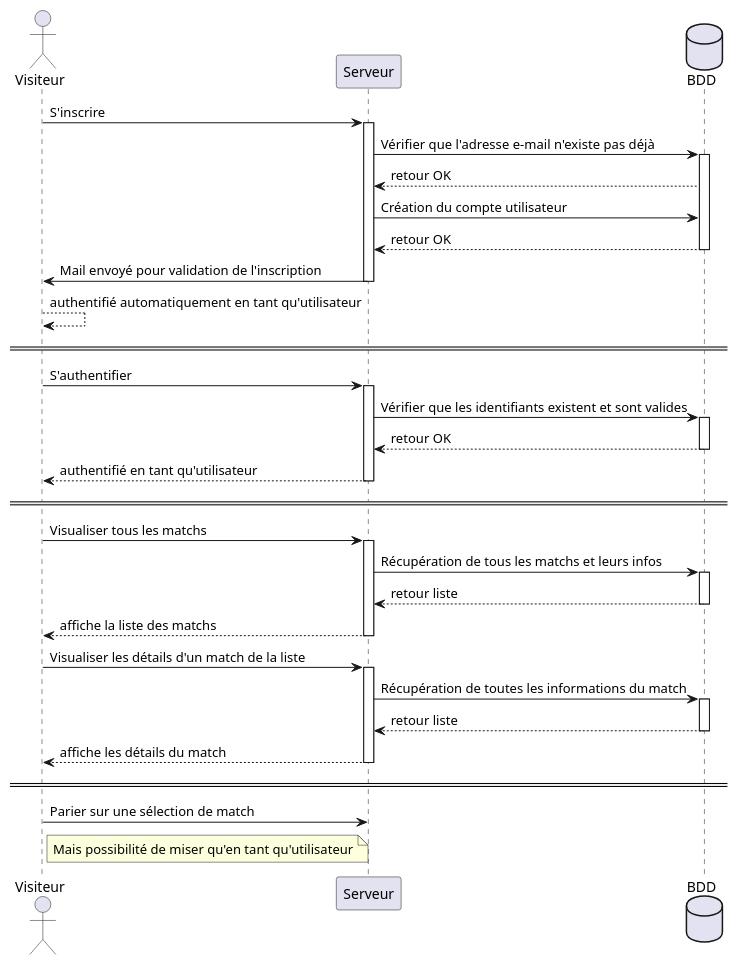
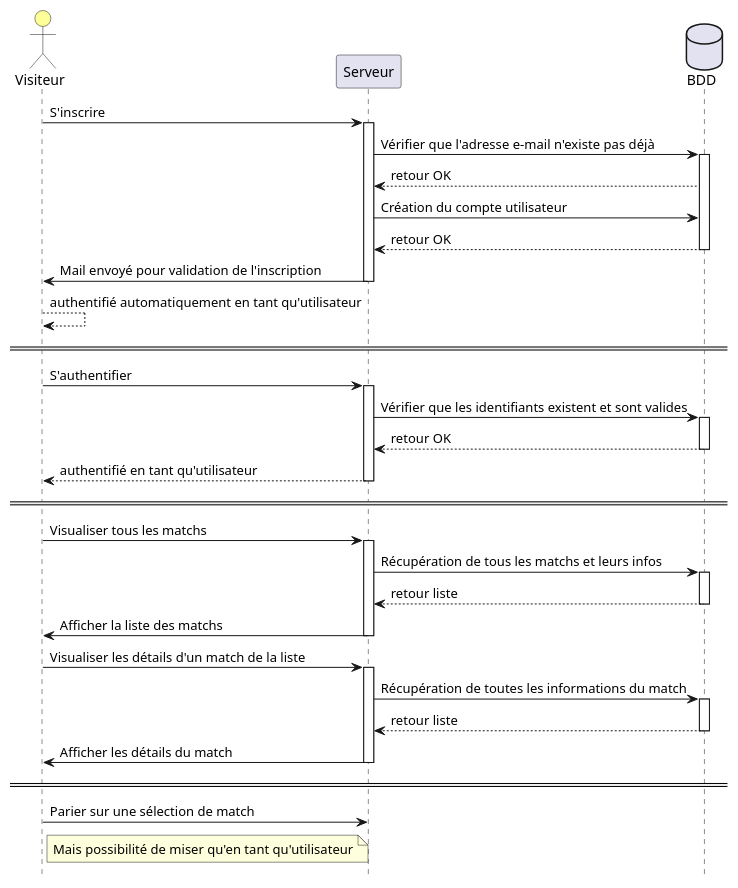
One commit to kcdln/Smash-Bowl changed the first of 4 diagrams in #documents/OLD/Diagramme de sequence.OLD.md. Above: the diagram before and after it, drawn with PlantUML. The commit also changed other lines of this file and 1 other file, not shown here.

Commit message:
Add sequential diagram & colored actors into both diagrams

```diff
--- a/#documents/OLD/Diagramme de sequence.OLD.md
+++ b/#documents/OLD/Diagramme de sequence.OLD.md
@@ -8,64 +8,52 @@
 @startuml
 
-actor Visiteur
+hide footbox
+
+actor Visiteur #ffff99
 database BDD order 30
 
-Visiteur -> Serveur: S'inscrire
-activate Serveur
 
-Serveur -> BDD: Vérifier que l'adresse e-mail n'existe pas déjà
-activate BDD
+Visiteur -> Serveur ++ : S'inscrire
+
+Serveur -> BDD ++ : Vérifier que l'adresse e-mail n'existe pas déjà
 BDD --> Serveur: retour OK
 Serveur -> BDD: Création du compte utilisateur
-BDD --> Serveur: retour OK
-deactivate BDD
+BDD --> Serveur -- : retour OK
 
-Serveur -> Visiteur: Mail envoyé pour validation de l'inscription
-
-deactivate Serveur
+Serveur -> Visiteur -- : Mail envoyé pour validation de l'inscription
 
 Visiteur --> Visiteur: authentifié automatiquement en tant qu'utilisateur
 
 == ==
 
-Visiteur -> Serveur: S'authentifier
-activate Serveur
-Serveur -> BDD: Vérifier que les identifiants existent et sont valides
-activate BDD
-BDD --> Serveur: retour OK
-deactivate BDD
+Visiteur -> Serveur ++ : S'authentifier
 
-Serveur --> Visiteur: authentifié en tant qu'utilisateur
-deactivate Serveur
+Serveur -> BDD ++ : Vérifier que les identifiants existent et sont valides
+BDD --> Serveur -- : retour OK
+
+Serveur --> Visiteur -- : authentifié en tant qu'utilisateur
 
 == ==
 
-Visiteur -> Serveur: Visualiser tous les matchs
-activate Serveur
+Visiteur -> Serveur ++ : Visualiser tous les matchs
 
-Serveur -> BDD: Récupération de tous les matchs et leurs infos
-activate BDD
-BDD --> Serveur: retour liste
-deactivate BDD
+Serveur -> BDD ++ : Récupération de tous les matchs et leurs infos
+BDD --> Serveur -- : retour liste
 
-Serveur --> Visiteur: affiche la liste des matchs
-deactivate Serveur
+Serveur -> Visiteur -- : Afficher la liste des matchs
 
-Visiteur -> Serveur: Visualiser les détails d'un match de la liste
-activate Serveur
 
-Serveur -> BDD: Récupération de toutes les informations du match
-activate BDD
-BDD --> Serveur: retour liste
-deactivate BDD
+Visiteur -> Serveur ++ : Visualiser les détails d'un match de la liste
 
-Serveur --> Visiteur: affiche les détails du match
-deactivate Serveur
+Serveur -> BDD ++ : Récupération de toutes les informations du match
+BDD --> Serveur -- : retour liste
+
+Serveur -> Visiteur -- : Afficher les détails du match
 
 == ==
 
 Visiteur -> Serveur: Parier sur une sélection de match
 note right of Visiteur: Mais possibilité de miser qu'en tant qu'utilisateur
 
 
 @enduml
```
